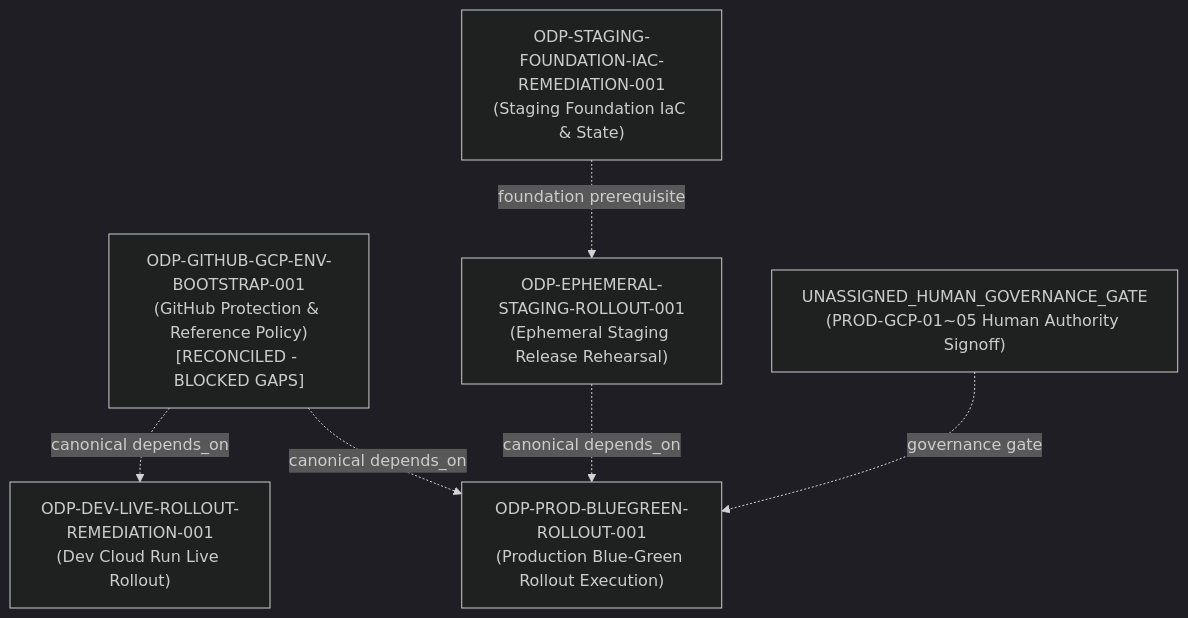
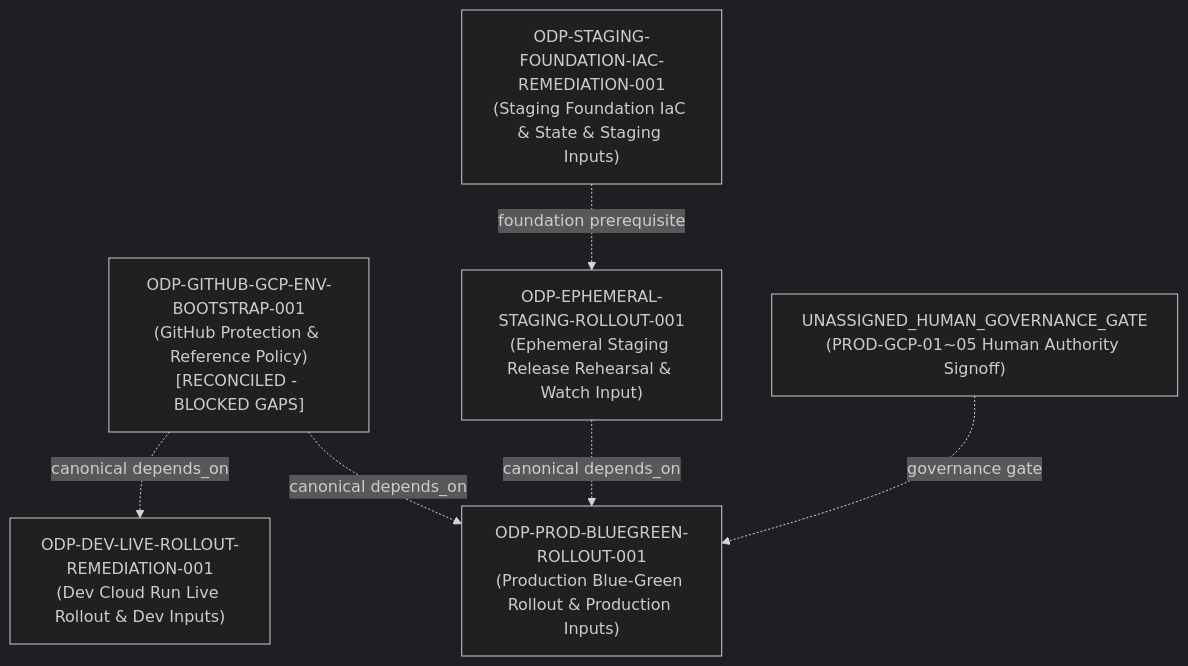
Before and after one commit to alfloop-dev/odayplus: the diagram in docs/evidence/execution-control/ARCHIVE_RECOVERY_RECONCILIATION_20260911/ODP-GITHUB-GCP-ENV-BOOTSTRAP-001/README.md, drawn with Mermaid (dark theme). The commit also changed other lines of this file and 1 other file, not shown here.

First line of the commit message:
ODP-GITHUB-GCP-ENV-BOOTSTRAP-001: 補正必要變數缺口與認證模式核對

````diff
--- a/docs/evidence/execution-control/ARCHIVE_RECOVERY_RECONCILIATION_20260911/ODP-GITHUB-GCP-ENV-BOOTSTRAP-001/README.md
+++ b/docs/evidence/execution-control/ARCHIVE_RECOVERY_RECONCILIATION_20260911/ODP-GITHUB-GCP-ENV-BOOTSTRAP-001/README.md
@@ -71,18 +78,18 @@
 ```mermaid
 flowchart TD
     BOOTSTRAP["ODP-GITHUB-GCP-ENV-BOOTSTRAP-001<br>(GitHub Protection & Reference Policy)<br>[RECONCILED - BLOCKED GAPS]"]
 
-    DEV_ROLLOUT["ODP-DEV-LIVE-ROLLOUT-REMEDIATION-001<br>(Dev Cloud Run Live Rollout)"]
-    STAGING_IAC["ODP-STAGING-FOUNDATION-IAC-REMEDIATION-001<br>(Staging Foundation IaC & State)"]
-    STAGING_ROLLOUT["ODP-EPHEMERAL-STAGING-ROLLOUT-001<br>(Ephemeral Staging Release Rehearsal)"]
+    DEV_ROLLOUT["ODP-DEV-LIVE-ROLLOUT-REMEDIATION-001<br>(Dev Cloud Run Live Rollout & Dev Inputs)"]
+    STAGING_IAC["ODP-STAGING-FOUNDATION-IAC-REMEDIATION-001<br>(Staging Foundation IaC & State & Staging Inputs)"]
+    STAGING_ROLLOUT["ODP-EPHEMERAL-STAGING-ROLLOUT-001<br>(Ephemeral Staging Release Rehearsal & Watch Input)"]
 
     PROD_GCP_HUMAN["UNASSIGNED_HUMAN_GOVERNANCE_GATE<br>(PROD-GCP-01~05 Human Authority Signoff)"]
-    PROD_ROLLOUT["ODP-PROD-BLUEGREEN-ROLLOUT-001<br>(Production Blue-Green Rollout Execution)"]
+    PROD_ROLLOUT["ODP-PROD-BLUEGREEN-ROLLOUT-001<br>(Production Blue-Green Rollout & Production Inputs)"]
 
     BOOTSTRAP -.->|canonical depends_on| DEV_ROLLOUT
     BOOTSTRAP -.->|canonical depends_on| PROD_ROLLOUT
     STAGING_ROLLOUT -.->|canonical depends_on| PROD_ROLLOUT
 
     STAGING_IAC -.->|foundation prerequisite| STAGING_ROLLOUT
     PROD_GCP_HUMAN -.->|governance gate| PROD_ROLLOUT
 ```
````
